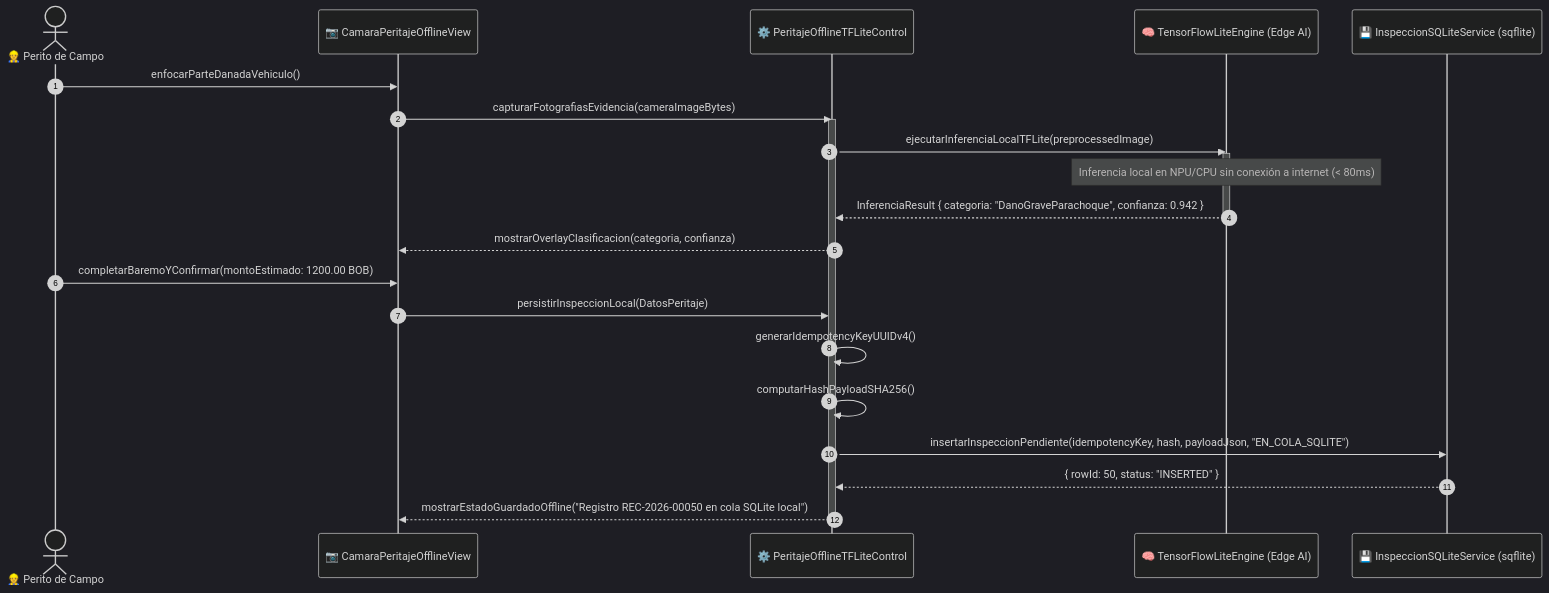
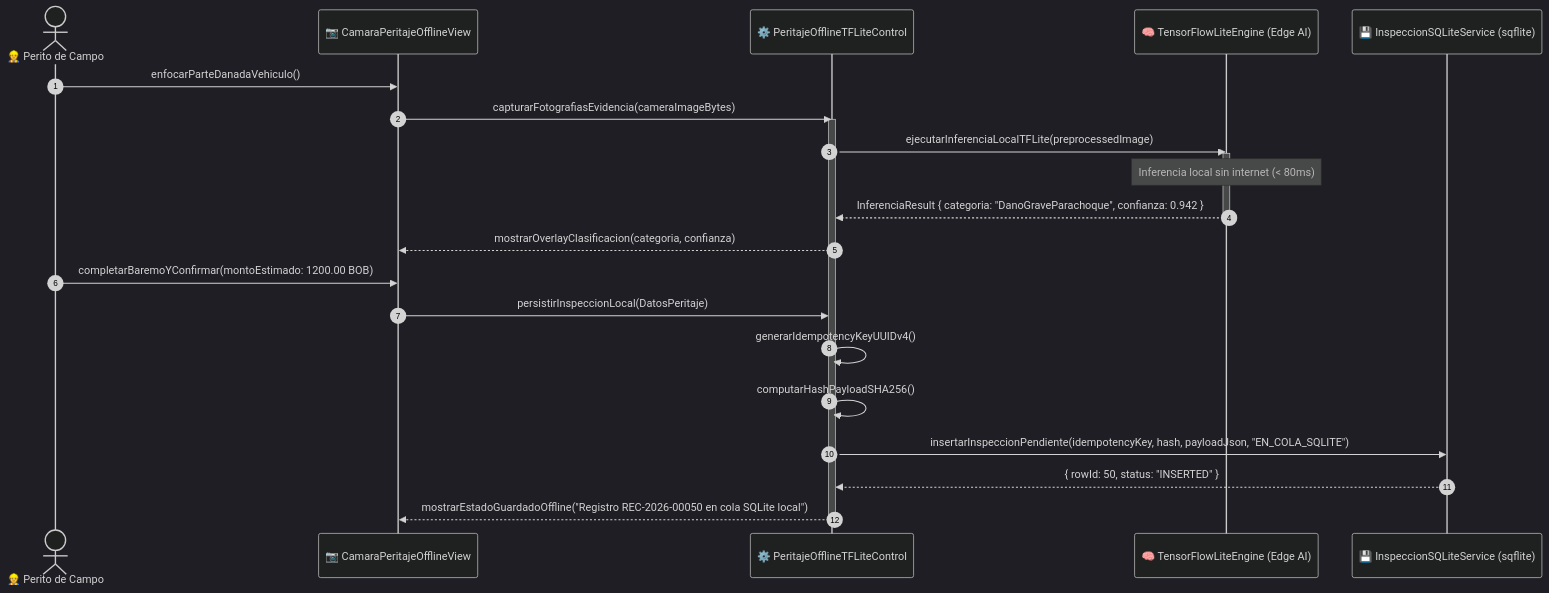
One commit to DiegoxdGarcia2/2doParcialSW2 changed the tenth of 15 diagrams in docs/FASE_3_DOCUMENTACION_ICONIX_PERFIL_B.md. Above: the diagram before and after it, drawn with Mermaid (dark theme). The commit also changed other lines of this file and 4 other files, not shown here.

Commit message:
docs: reestructurar documentacion formal segun Indice_ICONIX.pdf y anadir modelos nativos para Enterprise Architect 17.2

````diff
--- a/docs/FASE_3_DOCUMENTACION_ICONIX_PERFIL_B.md
+++ b/docs/FASE_3_DOCUMENTACION_ICONIX_PERFIL_B.md
@@ -411,31 +538,31 @@
 ```mermaid
 sequenceDiagram
     autonumber
     actor PER as 👷 Perito de Campo
     participant CAM as 📷 CamaraPeritajeOfflineView
     participant CTRL as ⚙️ PeritajeOfflineTFLiteControl
     participant TFL as 🧠 TensorFlowLiteEngine (Edge AI)
     participant SQL as 💾 InspeccionSQLiteService (sqflite)
 
     PER->>CAM: enfocarParteDanadaVehiculo()
     CAM->>CTRL: capturarFotografiasEvidencia(cameraImageBytes)
     activate CTRL
     CTRL->>TFL: ejecutarInferenciaLocalTFLite(preprocessedImage)
     activate TFL
-    Note over TFL: Inferencia local en NPU/CPU sin conexión a internet (< 80ms)
+    Note over TFL: Inferencia local sin internet (< 80ms)
     TFL-->>CTRL: InferenciaResult { categoria: "DanoGraveParachoque", confianza: 0.942 }
     deactivate TFL
     
     CTRL-->>CAM: mostrarOverlayClasificacion(categoria, confianza)
     PER->>CAM: completarBaremoYConfirmar(montoEstimado: 1200.00 BOB)
     CAM->>CTRL: persistirInspeccionLocal(DatosPeritaje)
     
     CTRL->>CTRL: generarIdempotencyKeyUUIDv4()
     CTRL->>CTRL: computarHashPayloadSHA256()
     
     CTRL->>SQL: insertarInspeccionPendiente(idempotencyKey, hash, payloadJson, "EN_COLA_SQLITE")
     SQL-->>CTRL: { rowId: 50, status: "INSERTED" }
     
     CTRL-->>CAM: mostrarEstadoGuardadoOffline("Registro REC-2026-00050 en cola SQLite local")
     deactivate CTRL
 ```
````
